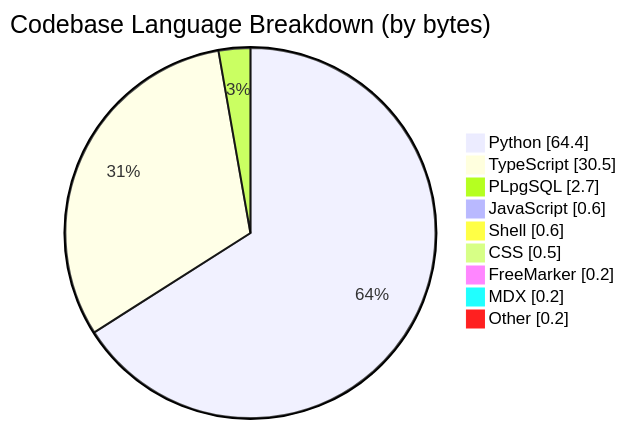
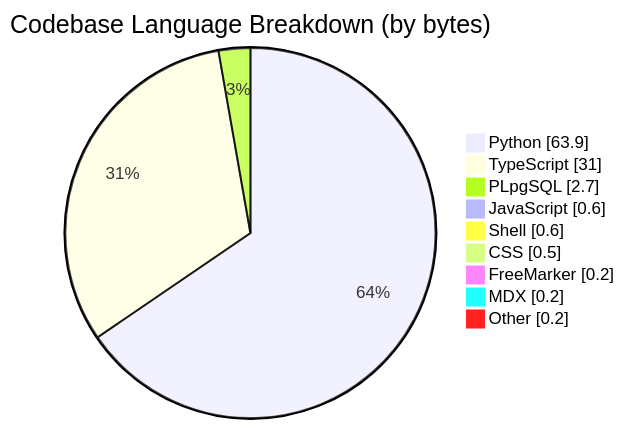
One commit to CSTH-Projects/.github changed the third of 4 diagrams in profile/README.md. Above: the diagram before and after it, drawn with Mermaid. The commit also changed other lines of this file, not shown here.

````diff
--- a/profile/README.md
+++ b/profile/README.md
@@ -63,13 +63,13 @@
 ```mermaid
 pie showData
     title Codebase Language Breakdown (by bytes)
-    "Python" : 64.4
-    "TypeScript" : 30.5
+    "Python" : 63.9
+    "TypeScript" : 31.0
     "PLpgSQL" : 2.7
     "JavaScript" : 0.6
     "Shell" : 0.6
     "CSS" : 0.5
     "FreeMarker" : 0.2
     "MDX" : 0.2
     "Other" : 0.2
 ```
````
